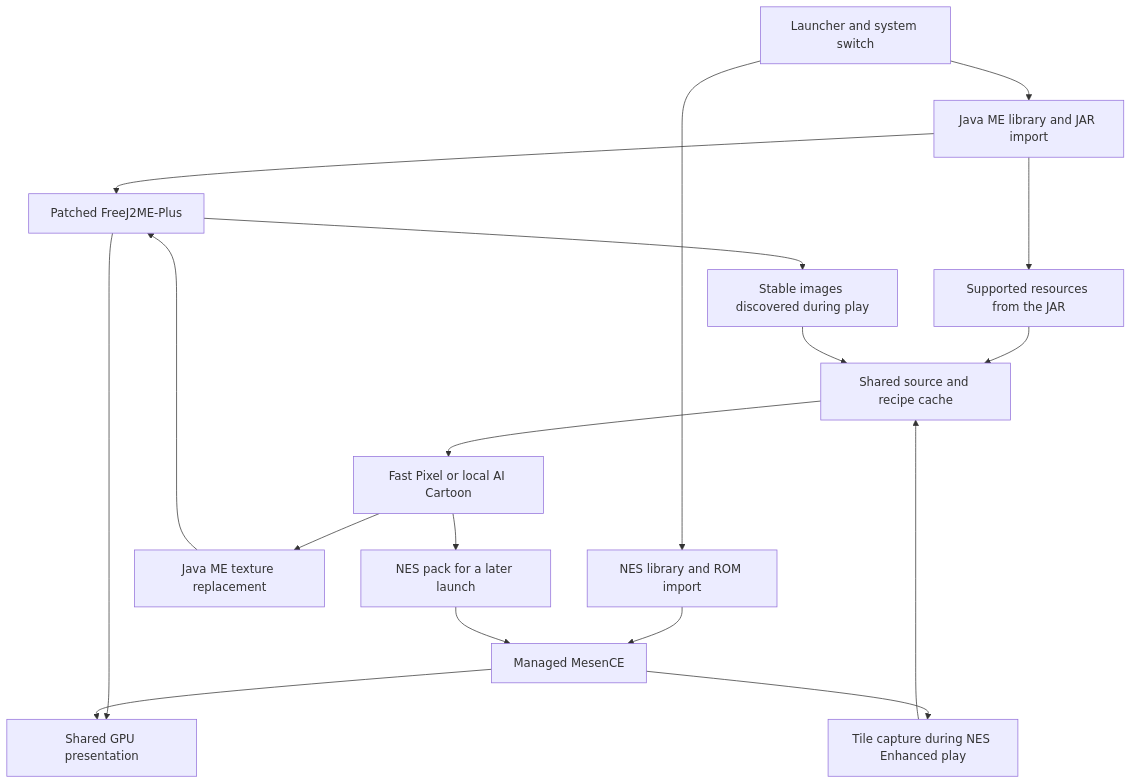
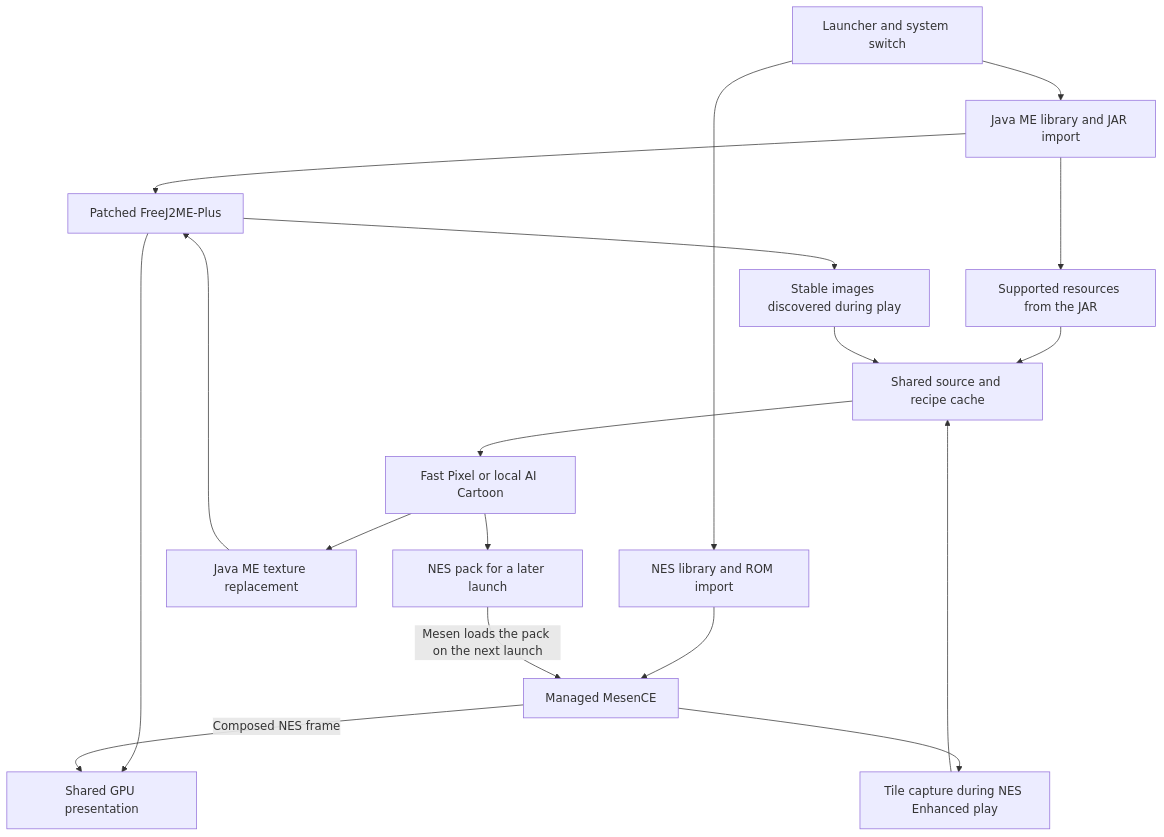
One commit to vishal-vs-1/Pixel-Revival changed the diagram in docs/PROJECT_FLOW.md. Above: the diagram before and after it, drawn with Mermaid. The commit also changed other lines of this file, not shown here.

Commit message:
Document how Mesen draws enhanced NES tiles

```diff
--- a/docs/PROJECT_FLOW.md
+++ b/docs/PROJECT_FLOW.md
@@ -5,20 +5,20 @@
 ~~~mermaid
 flowchart TD
     A[Launcher and system switch] --> B[Java ME library and JAR import]
     A --> C[NES library and ROM import]
     B --> D[Patched FreeJ2ME-Plus]
     C --> E[Managed MesenCE]
     B --> F[Supported resources from the JAR]
     D --> G[Stable images discovered during play]
     E --> H[Tile capture during NES Enhanced play]
     F --> I[Shared source and recipe cache]
     G --> I
     H --> I
     I --> J[Fast Pixel or local AI Cartoon]
     J --> K[Java ME texture replacement]
     J --> L[NES pack for a later launch]
     K --> D
-    L --> E
+    L -->|Mesen loads the pack on the next launch| E
     D --> M[Shared GPU presentation]
-    E --> M
+    E -->|Composed NES frame| M
 ~~~
```
